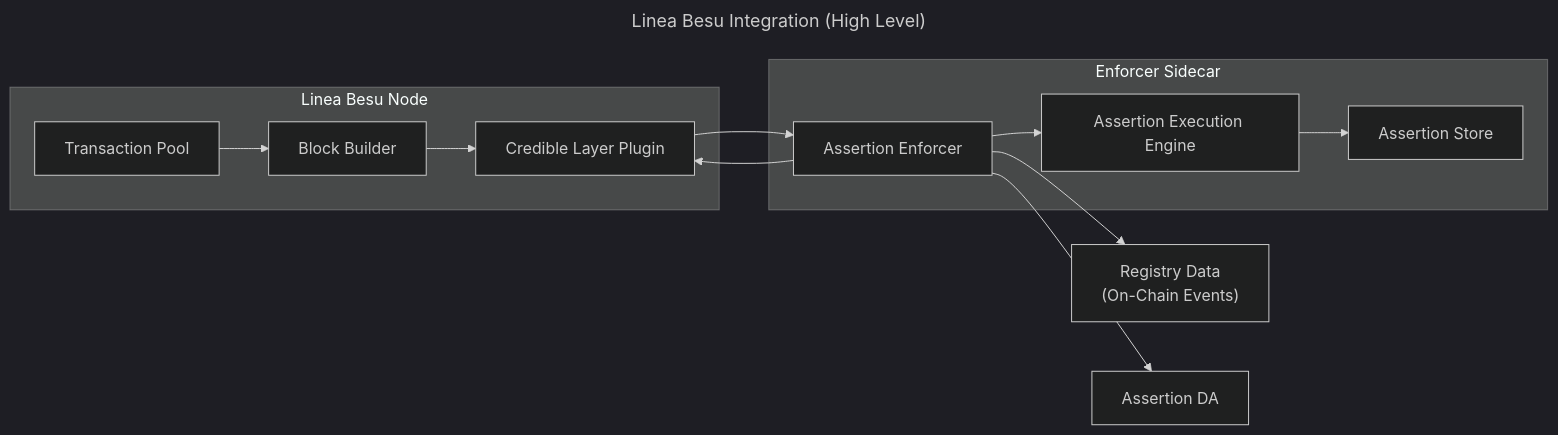
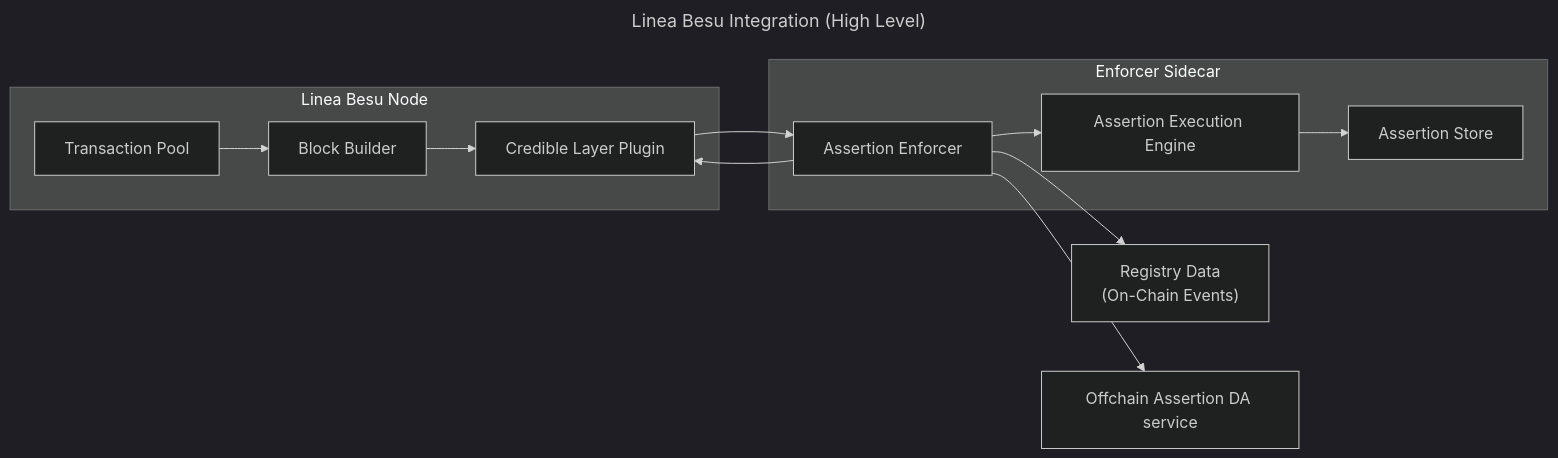
The diagram in credible/l2-integrations/architecture-linea.mdx (phylaxsystems/phylax-docs), drawn with Mermaid (dark theme) before and after one commit. The commit also changed other lines of this file and 14 other files, not shown here.

````diff
--- a/credible/l2-integrations/architecture-linea.mdx
+++ b/credible/l2-integrations/architecture-linea.mdx
@@ -25,29 +25,29 @@
 ```mermaid
 ---
 title: Linea Besu Integration (High Level)
 ---
 flowchart LR
   subgraph BesuNode["Linea Besu Node"]
     TxPool["Transaction Pool"]
     Builder["Block Builder"]
     Plugin["Credible Layer Plugin"]
   end
 
   subgraph SidecarGroup["Enforcer Sidecar"]
     SidecarSvc["Assertion Enforcer"]
     Engine["Assertion Execution Engine"]
     Store["Assertion Store"]
     SidecarSvc --> Engine
     Engine --> Store
   end
 
   Registry["Registry Data<br/>(On-Chain Events)"]
-  DA["Assertion DA"]
+  DA["Offchain Assertion DA service"]
 
   TxPool --> Builder
   Builder --> Plugin
   Plugin --> SidecarSvc
   SidecarSvc --> Plugin
   SidecarSvc --> Registry
   SidecarSvc --> DA
 ```
````
